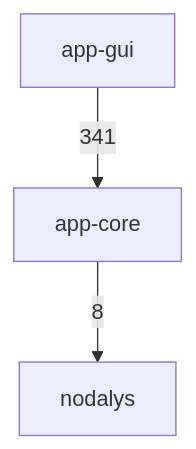
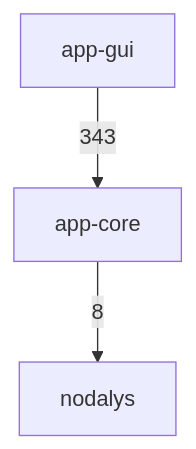
One commit to ronnymilleo/imcsim changed the first of 3 diagrams in docs/architecture.md. Above: the diagram before and after it, drawn with Mermaid. The commit also changed other lines of this file, not shown here.

Commit message:
Regenerate the include diagram

````diff
--- a/docs/architecture.md
+++ b/docs/architecture.md
@@ -22,8 +22,8 @@
 ```mermaid
 flowchart TD
     app_gui[app-gui]
     app_core[app-core]
     nodalys[nodalys]
     app_core -->|8| nodalys
-    app_gui -->|341| app_core
+    app_gui -->|343| app_core
 ```
````
